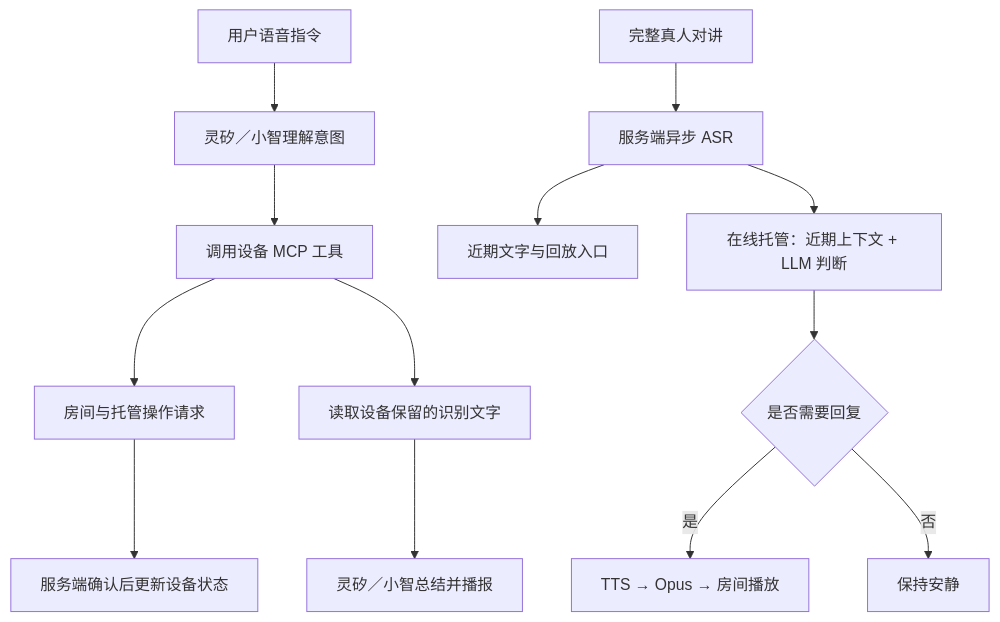
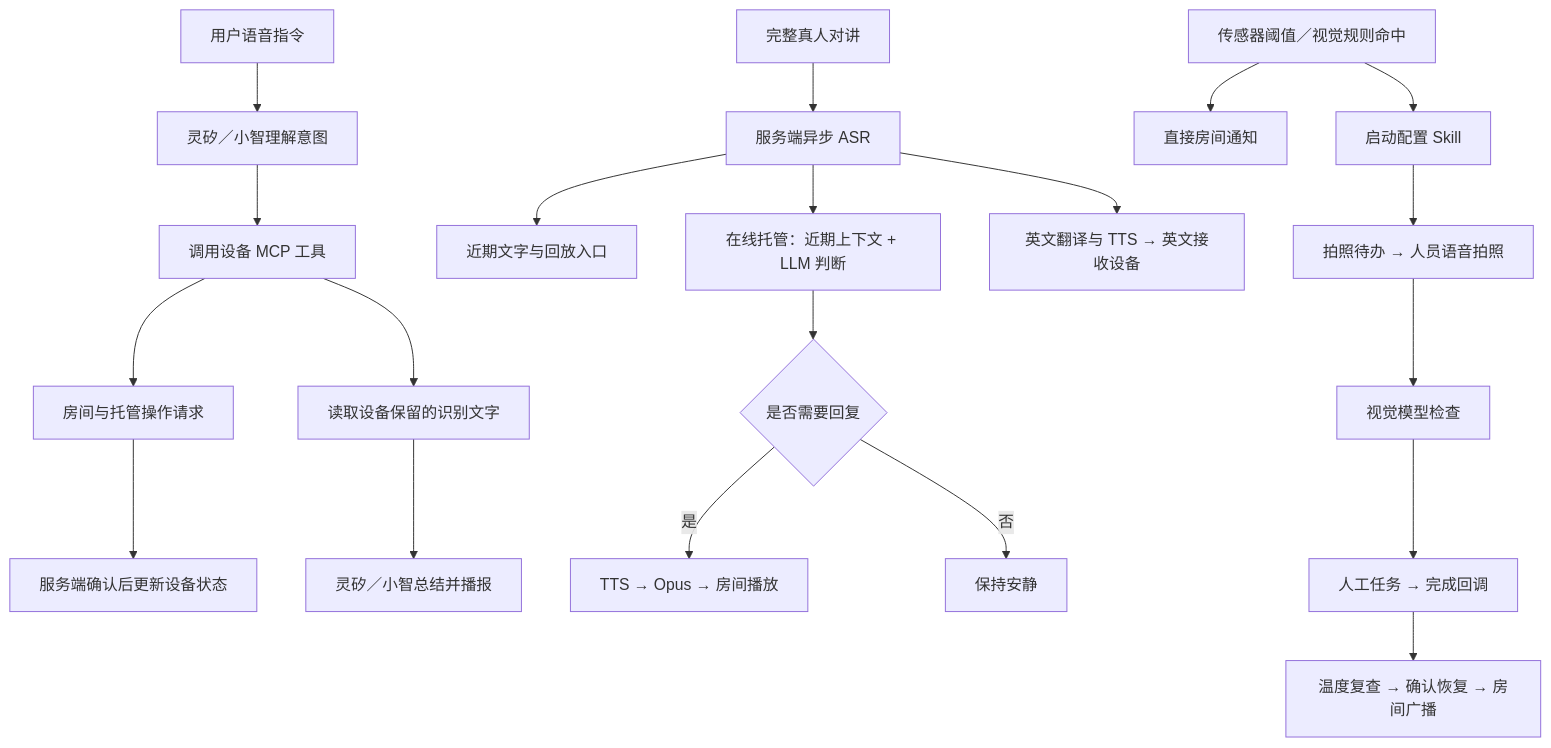
One commit to liuzhe910422/AIRadio changed the diagram in README_ai.md. Above: the diagram before and after it, drawn with Mermaid. The commit also changed other lines of this file and 16 other files, not shown here.

````diff
--- a/README_ai.md
+++ b/README_ai.md
@@ -83,15 +106,22 @@
 ```mermaid
 flowchart TD
     U[用户语音指令] --> V[灵矽／小智理解意图]
     V --> M[调用设备 MCP 工具]
     M --> R[房间与托管操作请求]
     R --> C[服务端确认后更新设备状态]
     M --> Q[读取设备保留的识别文字]
     Q --> S[灵矽／小智总结并播报]
     A[完整真人对讲] --> B[服务端异步 ASR]
     B --> D[近期文字与回放入口]
     B --> E[在线托管：近期上下文 + LLM 判断]
     E --> F{是否需要回复}
     F -->|是| G[TTS → Opus → 房间播放]
     F -->|否| H[保持安静]
+    B --> T[英文翻译与 TTS → 英文接收设备]
+    I[传感器阈值／视觉规则命中] --> P[直接房间通知]
+    I --> J[启动配置 Skill]
+    J --> K[拍照待办 → 人员语音拍照]
+    K --> L[视觉模型检查]
+    L --> N[人工任务 → 完成回调]
+    N --> O[温度复查 → 确认恢复 → 房间广播]
 ```
````
